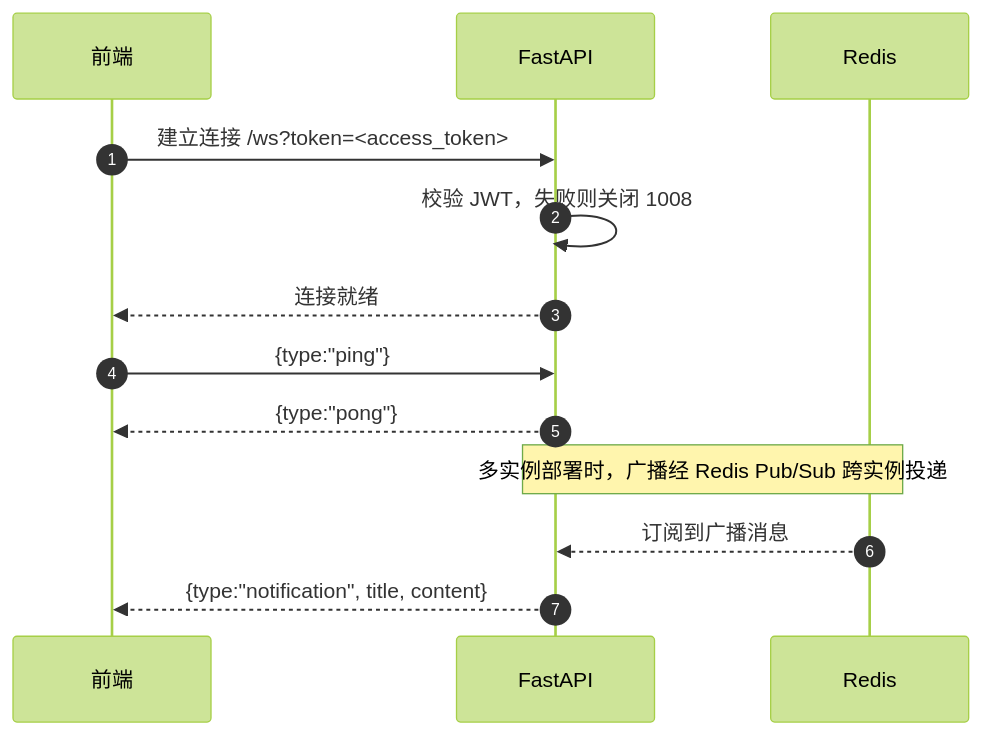
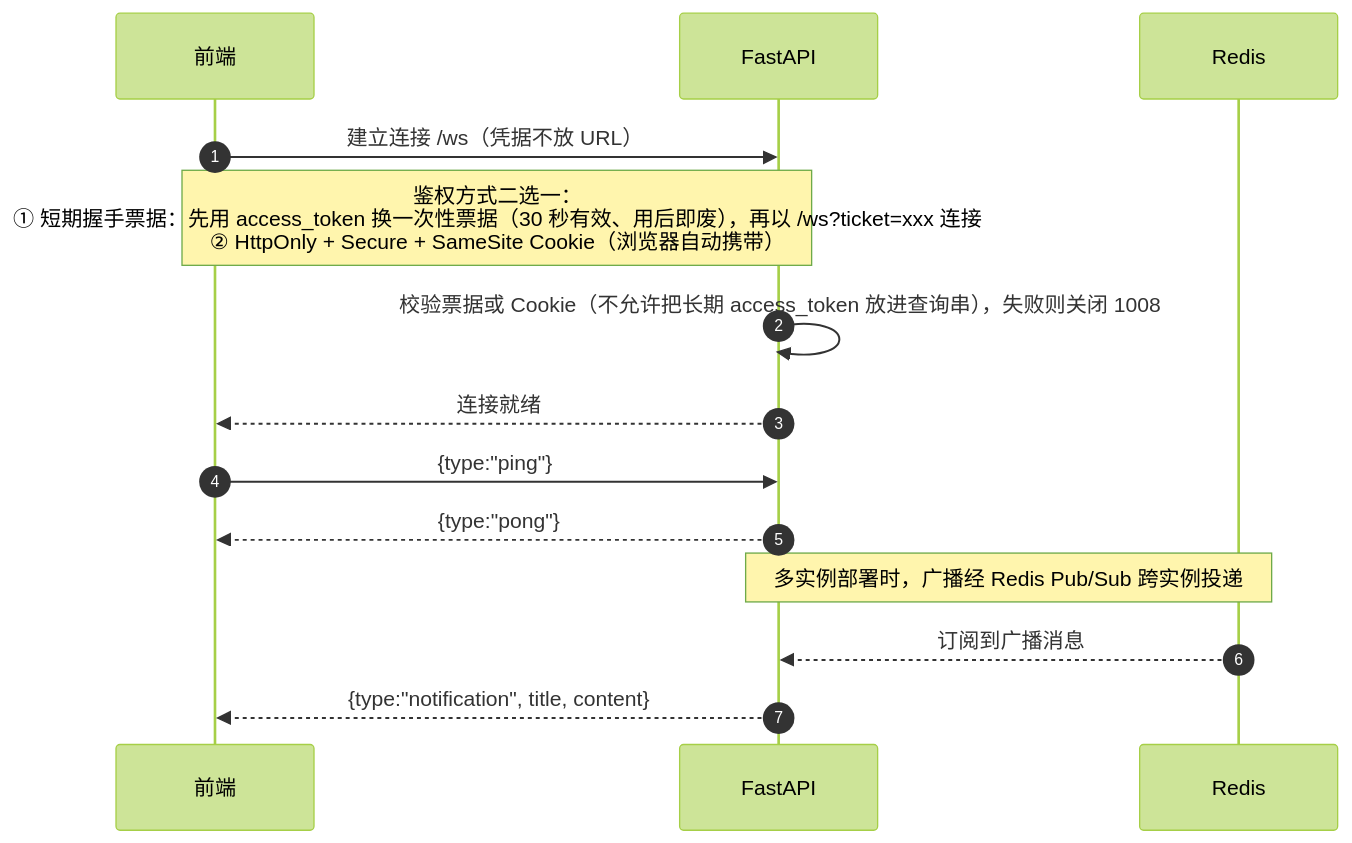
One commit to HeyanAdam/SoftwareEngineeringGroup4 changed diagram 25 of 28 in docs/DIAGRAMS.md. Above: the diagram before and after it, drawn with Mermaid (forest theme). The commit also changed other lines of this file and 2 other files, not shown here.

````diff
--- a/docs/DIAGRAMS.md
+++ b/docs/DIAGRAMS.md
@@ -891,17 +891,18 @@
 ```mermaid
 sequenceDiagram
     autonumber
     participant W as 前端
     participant A as FastAPI
     participant R as Redis
 
-    W->>A: 建立连接 /ws?token=<access_token>
-    A->>A: 校验 JWT，失败则关闭 1008
+    W->>A: 建立连接 /ws（凭据不放 URL）
+    Note over W,A: 鉴权方式二选一：<br/>① 短期握手票据：先用 access_token 换一次性票据（30 秒有效、用后即废），再以 /ws?ticket=xxx 连接<br/>② HttpOnly + Secure + SameSite Cookie（浏览器自动携带）
+    A->>A: 校验票据或 Cookie（不允许把长期 access_token 放进查询串），失败则关闭 1008
     A-->>W: 连接就绪
     W->>A: {type:"ping"}
     A-->>W: {type:"pong"}
 
     Note over A,R: 多实例部署时，广播经 Redis Pub/Sub 跨实例投递
     R-->>A: 订阅到广播消息
     A-->>W: {type:"notification", title, content}
 ```
````
